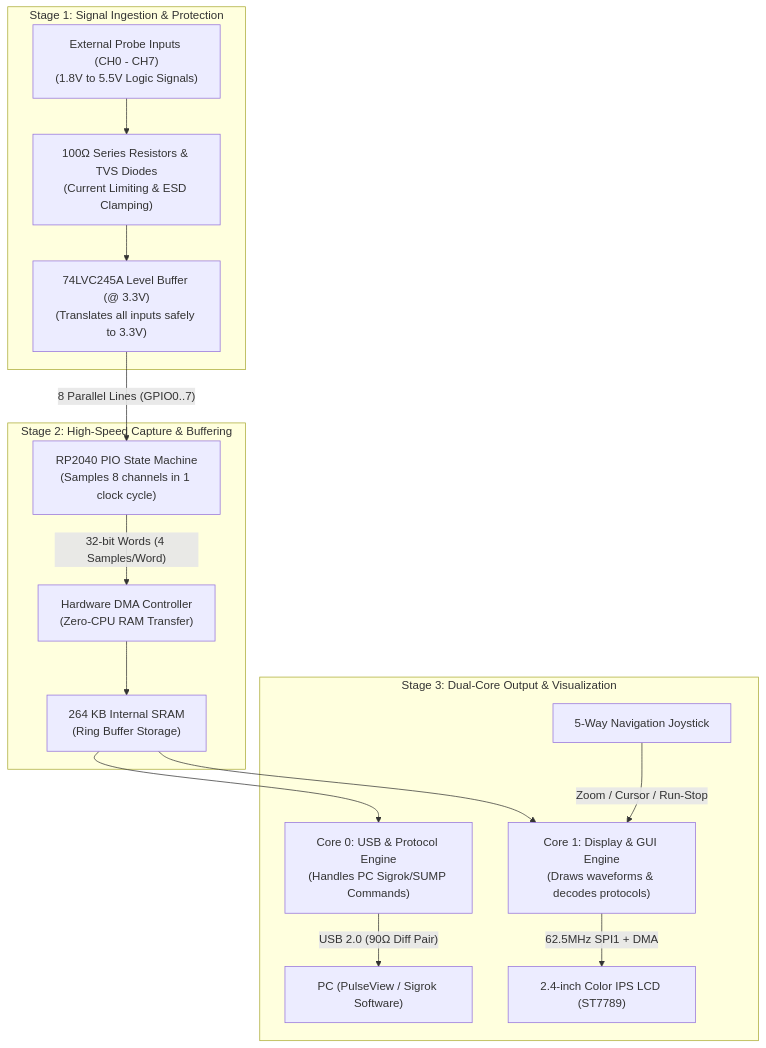
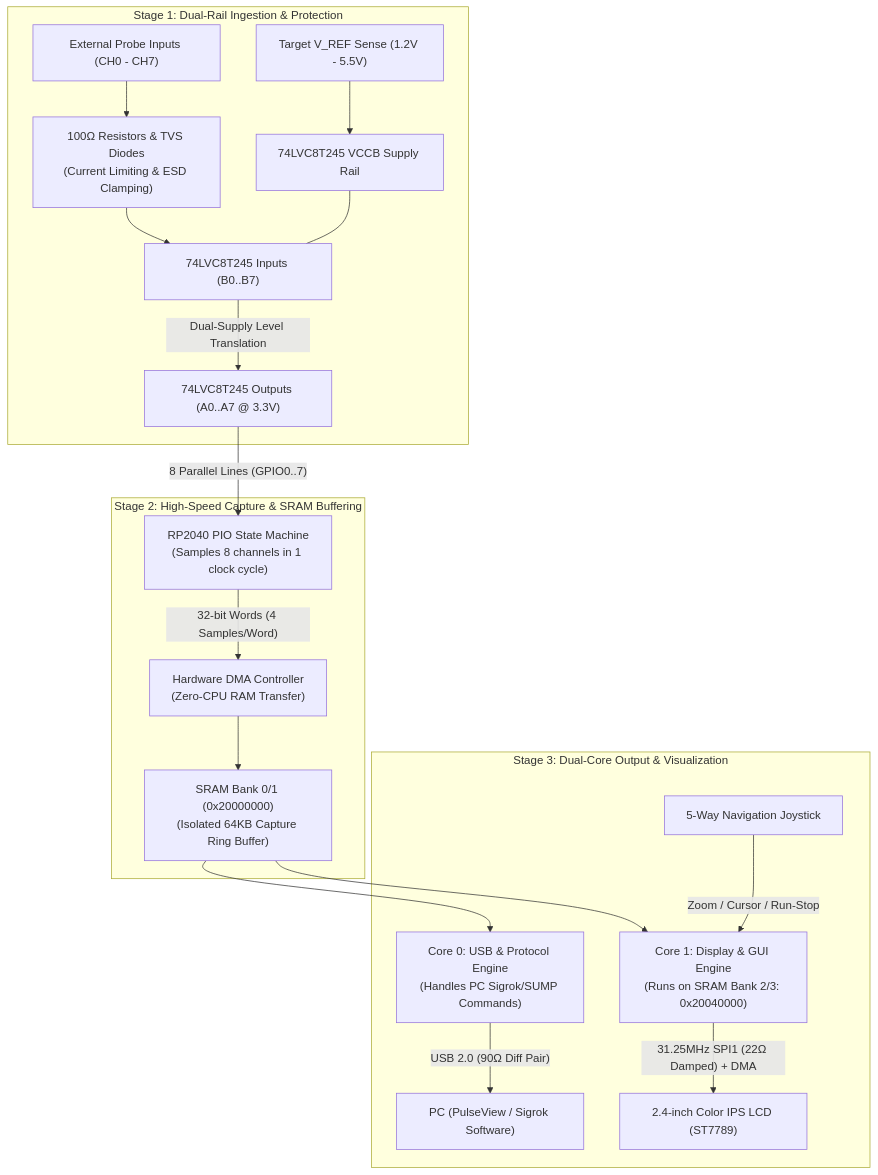
Before and after one commit to anaswarramesh/RP2040_Logic_Analyzer: the first of 2 diagrams in README.md, drawn with Mermaid. The commit also changed other lines of this file and 3 other files, not shown here.

Commit message:
Apply critical engineering fixes: 74LVC8T245 dual-rail level shifter, 12-pin probe header with VREF, 22R LCD damping, and SRAM bank isolation

````diff
--- a/README.md
+++ b/README.md
@@ -32,22 +34,25 @@
 ```mermaid
 flowchart TD
-    subgraph STAGE1["Stage 1: Signal Ingestion & Protection"]
-        A["External Probe Inputs (CH0 - CH7)<br/>(1.8V to 5.5V Logic Signals)"] --> B["100Ω Series Resistors & TVS Diodes<br/>(Current Limiting & ESD Clamping)"]
-        B --> C["74LVC245A Level Buffer (@ 3.3V)<br/>(Translates all inputs safely to 3.3V)"]
+    subgraph STAGE1["Stage 1: Dual-Rail Ingestion & Protection"]
+        VREF["Target V_REF Sense (1.2V - 5.5V)"] --> BUF_VCCB["74LVC8T245 VCCB Supply Rail"]
+        PROBES["External Probe Inputs (CH0 - CH7)"] --> DAMP["100Ω Resistors & TVS Diodes<br/>(Current Limiting & ESD Clamping)"]
+        DAMP --> BUF_IN["74LVC8T245 Inputs (B0..B7)"]
+        BUF_VCCB --- BUF_IN
+        BUF_IN -->|"Dual-Supply Level Translation"| BUF_OUT["74LVC8T245 Outputs (A0..A7 @ 3.3V)"]
     end
 
-    subgraph STAGE2["Stage 2: High-Speed Capture & Buffering"]
-        C -->|"8 Parallel Lines (GPIO0..7)"| D["RP2040 PIO State Machine<br/>(Samples 8 channels in 1 clock cycle)"]
+    subgraph STAGE2["Stage 2: High-Speed Capture & SRAM Buffering"]
+        BUF_OUT -->|"8 Parallel Lines (GPIO0..7)"| D["RP2040 PIO State Machine<br/>(Samples 8 channels in 1 clock cycle)"]
         D -->|"32-bit Words (4 Samples/Word)"| E["Hardware DMA Controller<br/>(Zero-CPU RAM Transfer)"]
-        E --> F["264 KB Internal SRAM<br/>(Ring Buffer Storage)"]
+        E --> F["SRAM Bank 0/1 (0x20000000)<br/>(Isolated 64KB Capture Ring Buffer)"]
     end
 
     subgraph STAGE3["Stage 3: Dual-Core Output & Visualization"]
         F --> G["Core 0: USB & Protocol Engine<br/>(Handles PC Sigrok/SUMP Commands)"]
-        F --> H["Core 1: Display & GUI Engine<br/>(Draws waveforms & decodes protocols)"]
+        F --> H["Core 1: Display & GUI Engine<br/>(Runs on SRAM Bank 2/3: 0x20040000)"]
         
         G -->|"USB 2.0 (90Ω Diff Pair)"| I["PC (PulseView / Sigrok Software)"]
-        H -->|"62.5MHz SPI1 + DMA"| J["2.4-inch Color IPS LCD (ST7789)"]
+        H -->|"31.25MHz SPI1 (22Ω Damped) + DMA"| J["2.4-inch Color IPS LCD (ST7789)"]
         K["5-Way Navigation Joystick"] -->|"Zoom / Cursor / Run-Stop"| H
     end
 ```
````
